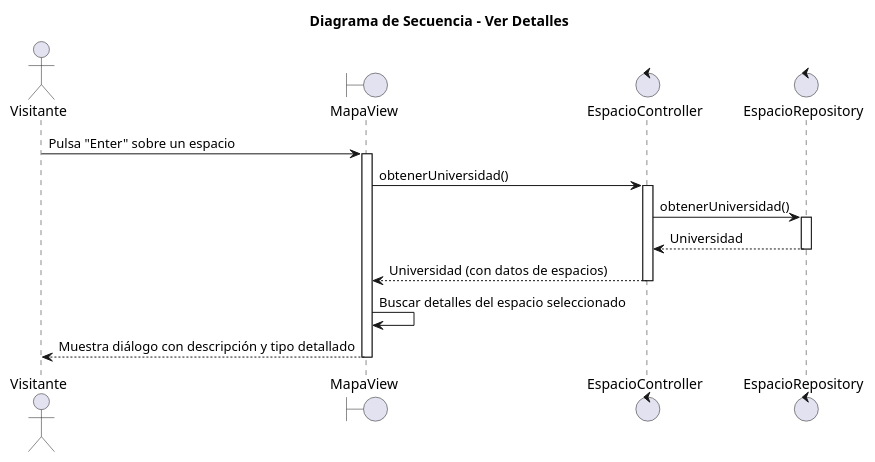
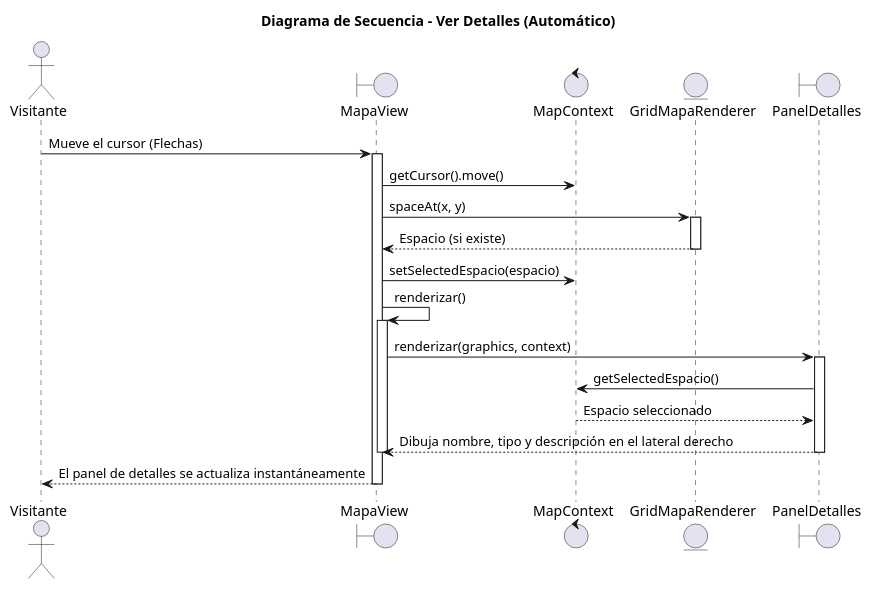
The diagram in modelosUML/02-diseño/01-Visitante/verDetalles/secuencia.puml (mmasias/25-26-idsw2-sdVC), drawn with PlantUML before and after one commit. The commit also changed 15 other files, not shown here.

Commit message:
refactor(docs): update new diagram desing

```diff
--- a/modelosUML/02-diseño/01-Visitante/verDetalles/secuencia.puml
+++ b/modelosUML/02-diseño/01-Visitante/verDetalles/secuencia.puml
@@ -1,23 +1,34 @@
 @startuml
-title "Diagrama de Secuencia - Ver Detalles"
+title "Diagrama de Secuencia - Ver Detalles (Automático)"
 
 actor "Visitante" as visitor
 boundary "MapaView" as view
-control "EspacioController" as controller
-control "EspacioRepository" as repository
+control "MapContext" as context
+entity "GridMapaRenderer" as renderer
+boundary "PanelDetalles" as panel
 
-visitor -> view: Pulsa "Enter" sobre un espacio
+visitor -> view: Mueve el cursor (Flechas)
 activate view
-view -> controller: obtenerUniversidad()
-activate controller
-controller -> repository: obtenerUniversidad()
-activate repository
-repository --> controller: Universidad
-deactivate repository
-controller --> view: Universidad (con datos de espacios)
-deactivate controller
-view -> view: Buscar detalles del espacio seleccionado
-view --> visitor: Muestra diálogo con descripción y tipo detallado
+
+view -> context: getCursor().move()
+view -> renderer: spaceAt(x, y)
+activate renderer
+renderer --> view: Espacio (si existe)
+deactivate renderer
+
+view -> context: setSelectedEspacio(espacio)
+
+view -> view: renderizar()
+activate view
+view -> panel: renderizar(graphics, context)
+activate panel
+panel -> context: getSelectedEspacio()
+context --> panel: Espacio seleccionado
+panel --> view: Dibuja nombre, tipo y descripción en el lateral derecho
+deactivate panel
+deactivate view
+
+view --> visitor: El panel de detalles se actualiza instantáneamente
 deactivate view
 
 @enduml
```
